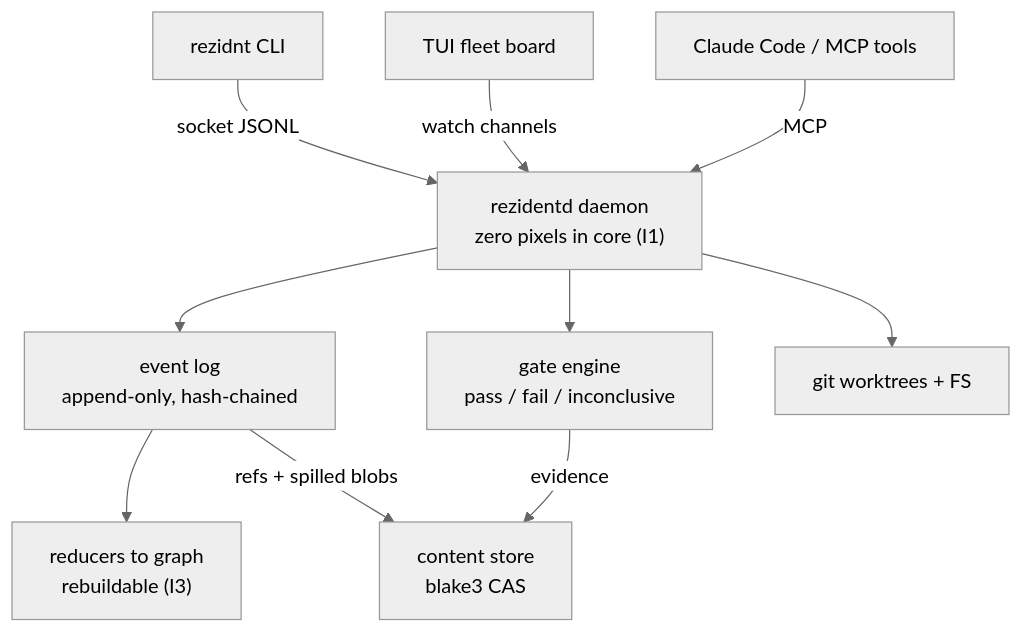
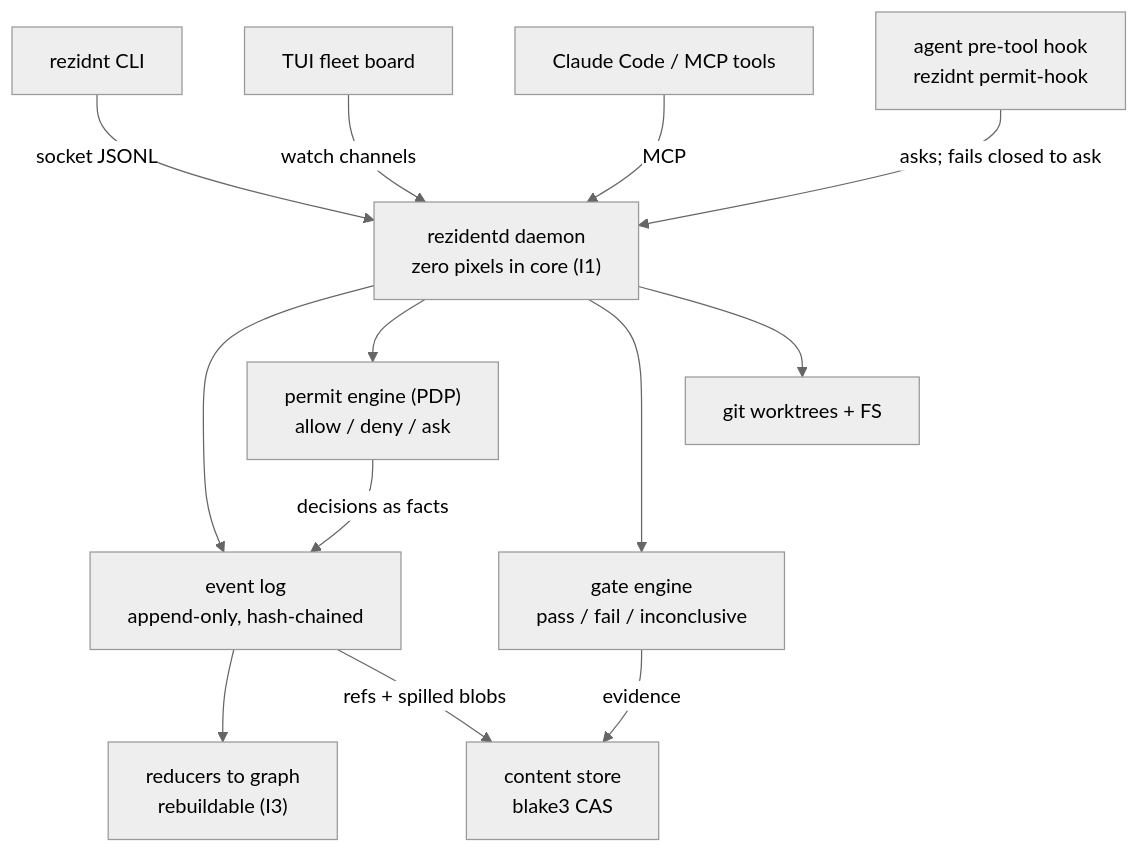
One commit to rezidnt/rezidnt changed the first of 2 diagrams in README.md. Above: the diagram before and after it, drawn with Mermaid (neutral theme). The commit also changed other lines of this file, not shown here.

````diff
--- a/README.md
+++ b/README.md
@@ -32,12 +35,15 @@
 ```mermaid
 flowchart TD
     CLI["rezidnt CLI"] -->|socket JSONL| DAEMON
     TUI["TUI fleet board"] -->|watch channels| DAEMON
     MCP["Claude Code / MCP tools"] -->|MCP| DAEMON
+    HOOK["agent pre-tool hook<br/>rezidnt permit-hook"] -->|"asks; fails closed to ask"| DAEMON
     DAEMON["rezidentd daemon<br/>zero pixels in core (I1)"] --> LOG["event log<br/>append-only, hash-chained"]
     LOG --> GRAPH["reducers to graph<br/>rebuildable (I3)"]
+    DAEMON --> PERMIT["permit engine (PDP)<br/>allow / deny / ask"]
     DAEMON --> GATE["gate engine<br/>pass / fail / inconclusive"]
     DAEMON --> GIT["git worktrees + FS"]
+    PERMIT -->|decisions as facts| LOG
     GATE -->|evidence| CAS["content store<br/>blake3 CAS"]
     LOG -->|"refs + spilled blobs"| CAS
 ```
````
